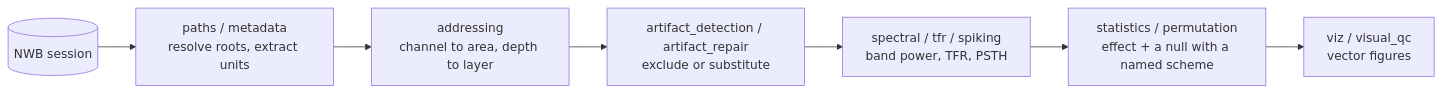
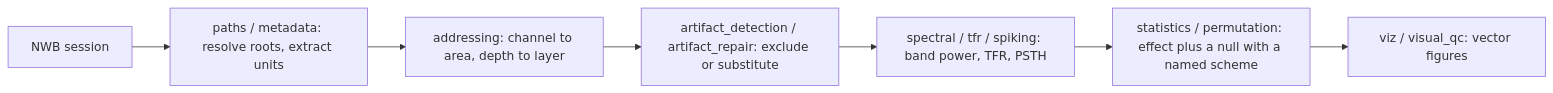
One commit to HNXJ/jnwb changed the second of 2 diagrams in README.md. Above: the diagram before and after it, drawn with Mermaid. The commit also changed other lines of this file, not shown here.

First line of the commit message:
docs(readme): remove references to untracked example paths

````diff
--- a/README.md
+++ b/README.md
@@ -81,9 +61,9 @@
 ```mermaid
-flowchart LR
-    A[(NWB session)] --> B["paths / metadata<br/>resolve roots, extract units"]
-    B --> C["addressing<br/>channel to area, depth to layer"]
-    C --> D["artifact_detection / artifact_repair<br/>exclude or substitute"]
-    D --> E["spectral / tfr / spiking<br/>band power, TFR, PSTH"]
-    E --> F["statistics / permutation<br/>effect + a null with a named scheme"]
-    F --> G["viz / visual_qc<br/>vector figures"]
+graph LR
+    A[NWB session] --> B[paths / metadata: resolve roots, extract units]
+    B --> C[addressing: channel to area, depth to layer]
+    C --> D[artifact_detection / artifact_repair: exclude or substitute]
+    D --> E[spectral / tfr / spiking: band power, TFR, PSTH]
+    E --> F[statistics / permutation: effect plus a null with a named scheme]
+    F --> G[viz / visual_qc: vector figures]
 ```
````
